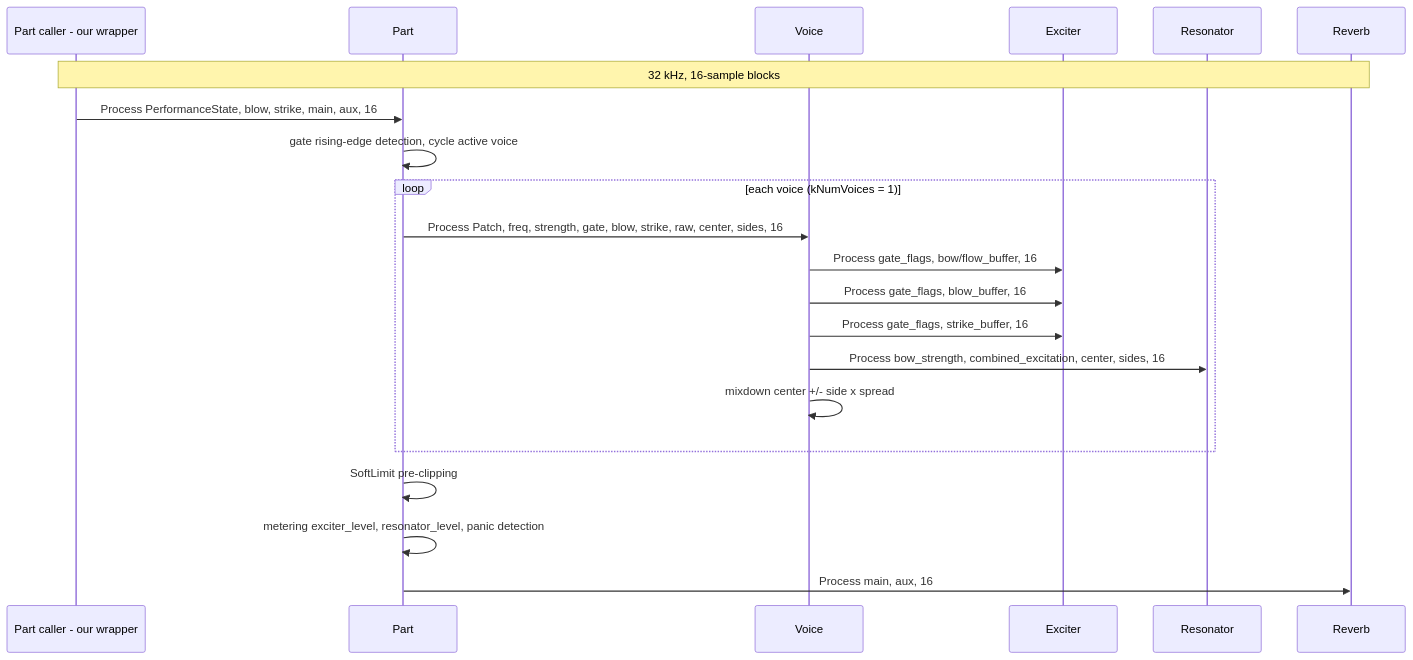
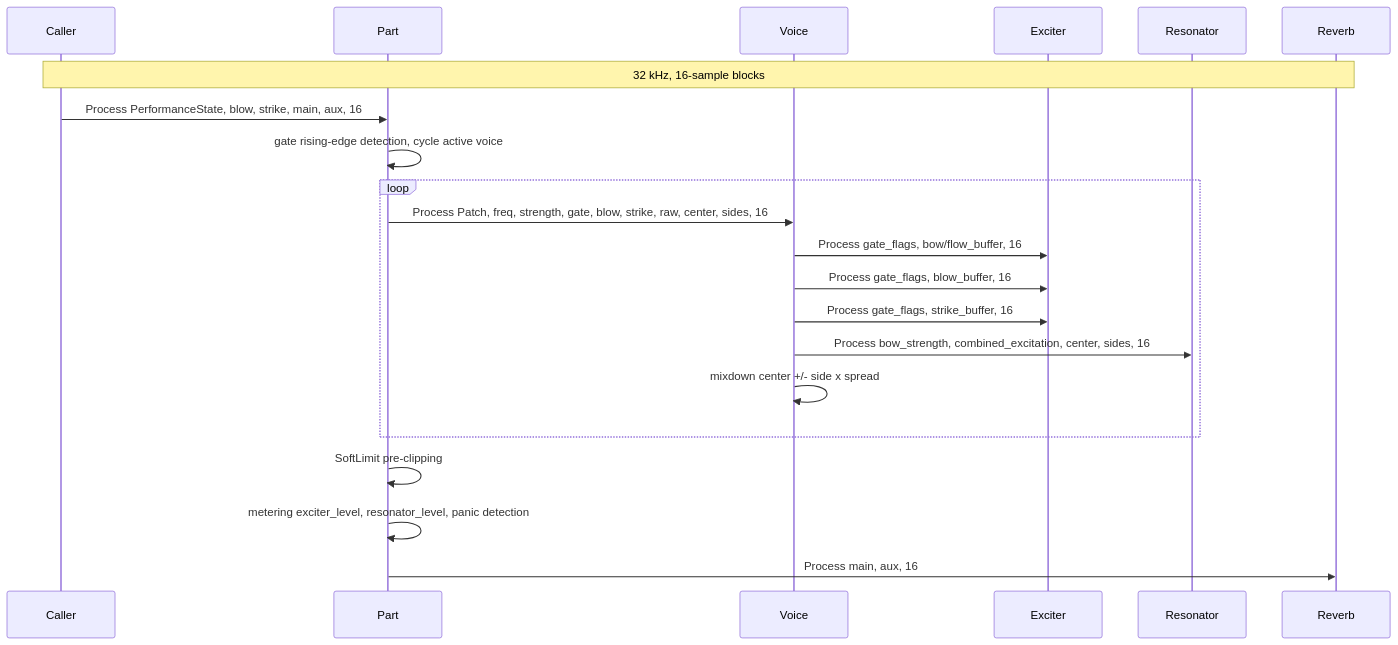
One commit to MarkWestbroek/MusicBrain changed the third of 8 diagrams in doc/elements/architecture.md. Above: the diagram before and after it, drawn with Mermaid. The commit also changed other lines of this file, not shown here.

````diff
--- a/doc/elements/architecture.md
+++ b/doc/elements/architecture.md
@@ -193,25 +193,25 @@
 ```mermaid
 sequenceDiagram
-    participant Caller as Part caller - our wrapper
+    participant Caller as Caller
     participant Part
     participant Voice
     participant Exciter
     participant Resonator
     participant Reverb
 
     Note over Caller, Reverb: 32 kHz, 16-sample blocks
 
     Caller->>Part: Process PerformanceState, blow, strike, main, aux, 16
     Part->>Part: gate rising-edge detection, cycle active voice
-    loop each voice (kNumVoices = 1)
+    loop
         Part->>Voice: Process Patch, freq, strength, gate, blow, strike, raw, center, sides, 16
         Voice->>Exciter: Process gate_flags, bow/flow_buffer, 16
         Voice->>Exciter: Process gate_flags, blow_buffer, 16
         Voice->>Exciter: Process gate_flags, strike_buffer, 16
         Voice->>Resonator: Process bow_strength, combined_excitation, center, sides, 16
         Voice->>Voice: mixdown center +/- side x spread
     end
     Part->>Part: SoftLimit pre-clipping
     Part->>Part: metering exciter_level, resonator_level, panic detection
     Part->>Reverb: Process main, aux, 16
 ```
````
